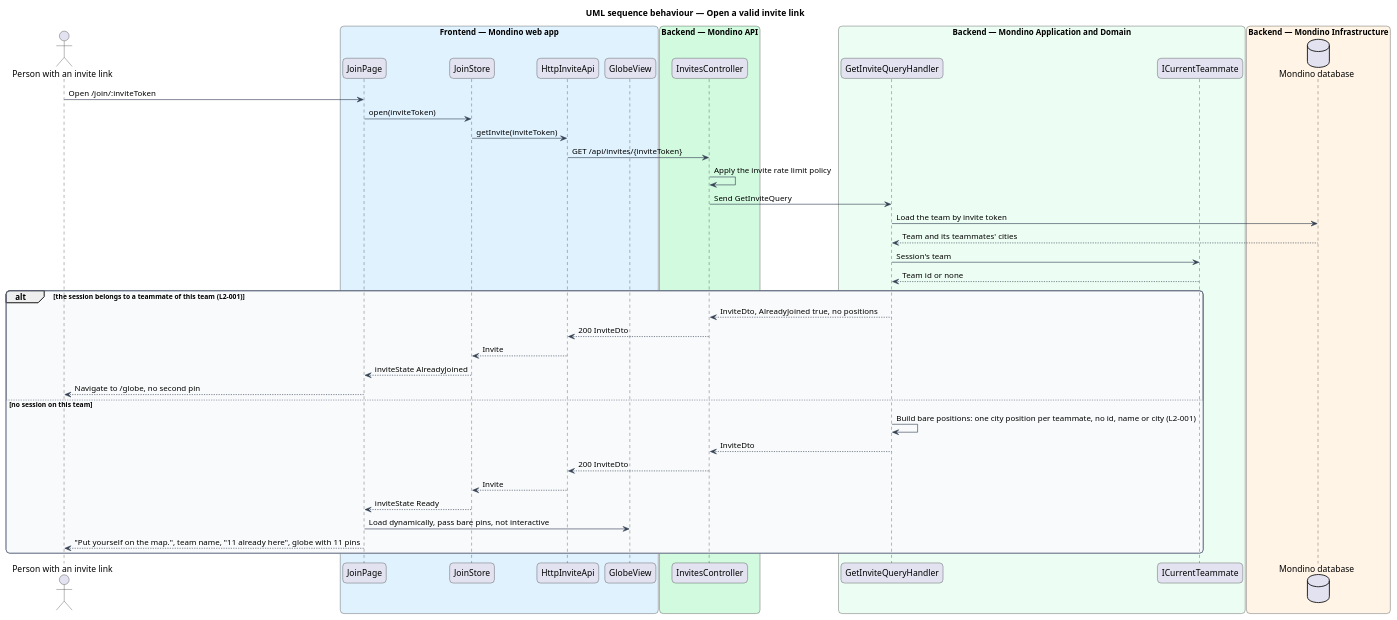
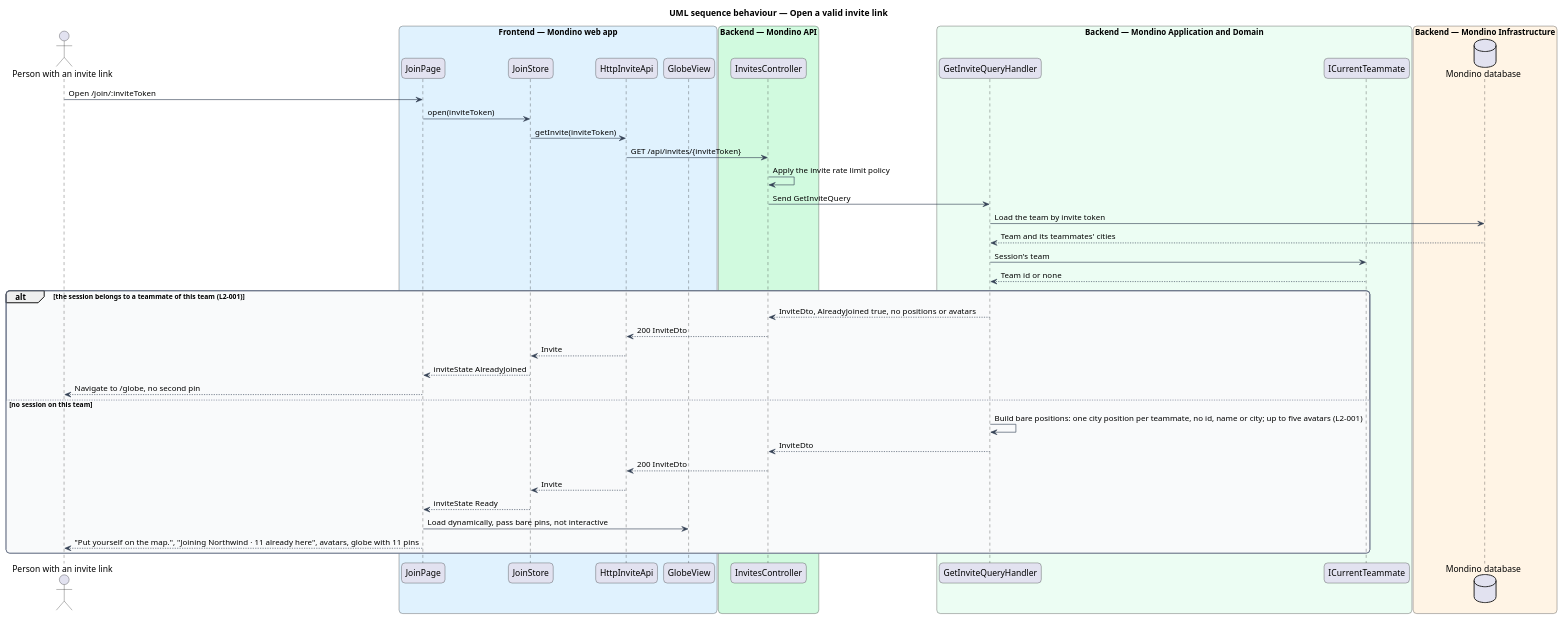
Before and after one commit to QuinntyneBrown/Mondino: the diagram in docs/detailed-designs/joining/open-invite-link/diagrams/sequence-open-valid-invite-link.puml, drawn with PlantUML. The commit also changed 11 other files, not shown here.

```diff
--- a/docs/detailed-designs/joining/open-invite-link/diagrams/sequence-open-valid-invite-link.puml
+++ b/docs/detailed-designs/joining/open-invite-link/diagrams/sequence-open-valid-invite-link.puml
@@ -1,60 +1,60 @@
 @startuml
 title UML sequence behaviour — Open a valid invite link
 skinparam backgroundColor #FFFFFF
 skinparam shadowing false
 skinparam roundcorner 12
 skinparam defaultFontName Arial
 skinparam ArrowColor #344054
 skinparam rectangle {
   BorderColor #344054
   FontColor #101828
 }
 skinparam package {
   BorderColor #667085
   FontColor #101828
   BackgroundColor #F9FAFB
 }
 
 actor "Person with an invite link" as actor
 box "Frontend — Mondino web app" #E0F2FE
   participant "JoinPage" as page
   participant "JoinStore" as store
   participant "HttpInviteApi" as client
   participant "GlobeView" as globe
 end box
 box "Backend — Mondino API" #D1FADF
   participant "InvitesController" as controller
 end box
 box "Backend — Mondino Application and Domain" #ECFDF3
   participant "GetInviteQueryHandler" as handler
   participant "ICurrentTeammate" as current
 end box
 box "Backend — Mondino Infrastructure" #FFF4E5
   database "Mondino database" as db
 end box
 actor -> page : Open /join/:inviteToken
 page -> store : open(inviteToken)
 store -> client : getInvite(inviteToken)
 client -> controller : GET /api/invites/{inviteToken}
 controller -> controller : Apply the invite rate limit policy
 controller -> handler : Send GetInviteQuery
 handler -> db : Load the team by invite token
 db --> handler : Team and its teammates' cities
 handler -> current : Session's team
 current --> handler : Team id or none
 alt the session belongs to a teammate of this team (L2-001)
-  handler --> controller : InviteDto, AlreadyJoined true, no positions
+  handler --> controller : InviteDto, AlreadyJoined true, no positions or avatars
   controller --> client : 200 InviteDto
   client --> store : Invite
   store --> page : inviteState AlreadyJoined
   page --> actor : Navigate to /globe, no second pin
 else no session on this team
-  handler -> handler : Build bare positions: one city position per teammate, no id, name or city (L2-001)
+  handler -> handler : Build bare positions: one city position per teammate, no id, name or city; up to five avatars (L2-001)
   handler --> controller : InviteDto
   controller --> client : 200 InviteDto
   client --> store : Invite
   store --> page : inviteState Ready
   page -> globe : Load dynamically, pass bare pins, not interactive
-  page --> actor : "Put yourself on the map.", team name, "11 already here", globe with 11 pins
+  page --> actor : "Put yourself on the map.", "Joining Northwind · 11 already here", avatars, globe with 11 pins
 end
 @enduml
```
